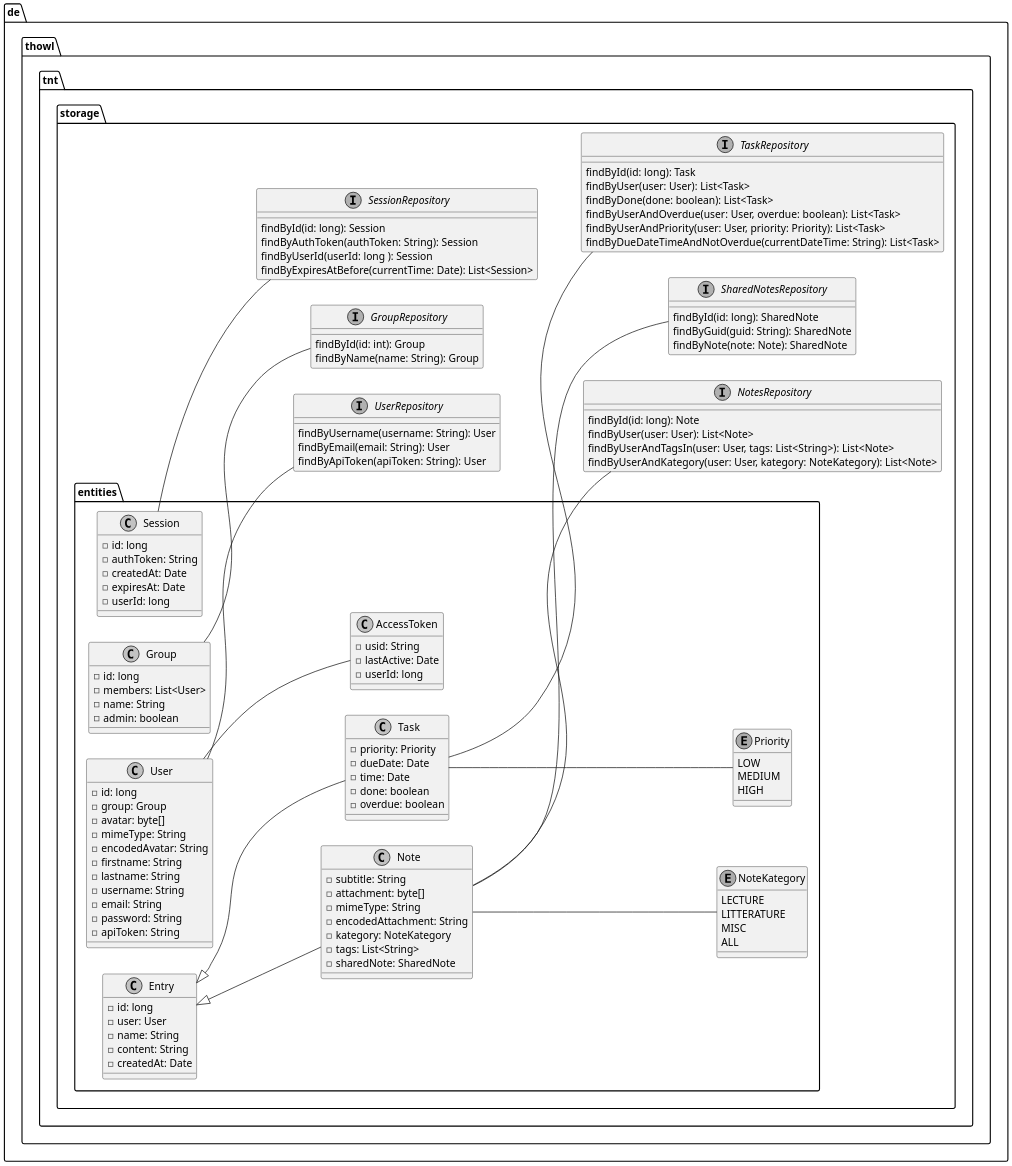
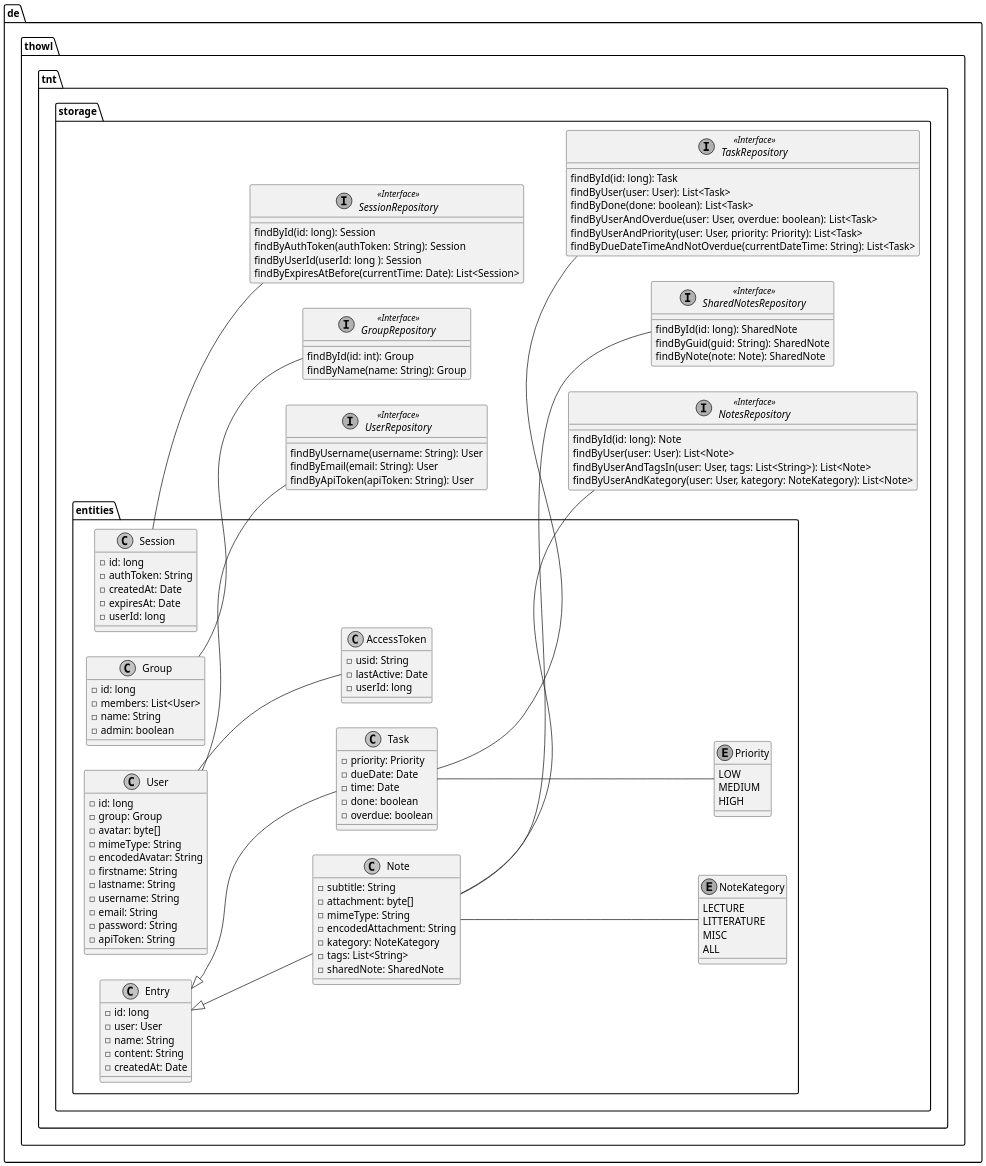
Before and after one commit to j0giwa/TnT: the second of 3 diagrams in doc/uml/tnt.puml, drawn with PlantUML. The commit also changed other lines of this file, not shown here.

Commit message:
Update tnt.puml to show interfaces correctly

```diff
--- a/doc/uml/tnt.puml
+++ b/doc/uml/tnt.puml
@@ -57,143 +57,143 @@
 @startuml tnt-storage
 
 skinparam monochrome true
 skinparam dpi 400
 scale 200 width
 scale 700 height
 
 left to right direction
 
 package de.thowl.tnt.storage {
 
-	interface GroupRepository {
+	interface GroupRepository <<Interface>> {
 		findById(id: int): Group
 		findByName(name: String): Group
 	}
 
-	interface NotesRepository {
+	interface NotesRepository <<Interface>> {
 		findById(id: long): Note
 		findByUser(user: User): List<Note>
 		findByUserAndTagsIn(user: User, tags: List<String>): List<Note>
 		findByUserAndKategory(user: User, kategory: NoteKategory): List<Note>
 	}
 
-	interface SessionRepository {
+	interface SessionRepository <<Interface>> {
 		findById(id: long): Session
 		findByAuthToken(authToken: String): Session
 		findByUserId(userId: long ): Session
 		findByExpiresAtBefore(currentTime: Date): List<Session>
 
 	}
 
-	interface SharedNotesRepository {
+	interface SharedNotesRepository <<Interface>> {
 		findById(id: long): SharedNote
 		findByGuid(guid: String): SharedNote
 		findByNote(note: Note): SharedNote
-	}
+	 }
 
-	interface TaskRepository {
+	interface TaskRepository <<Interface>> {
 		findById(id: long): Task
 		findByUser(user: User): List<Task>
 		findByDone(done: boolean): List<Task>
 		findByUserAndOverdue(user: User, overdue: boolean): List<Task>
 		findByUserAndPriority(user: User, priority: Priority): List<Task>
 		findByDueDateTimeAndNotOverdue(currentDateTime: String): List<Task>
 	}
 
-	interface UserRepository {
+	interface UserRepository <<Interface>> {
 		findByUsername(username: String): User
 		findByEmail(email: String): User
 		findByApiToken(apiToken: String): User
 	}
 
 	package entities {
 
 		class User {
 			- id: long
 			- group: Group
 			- avatar: byte[]
 			- mimeType: String
 			- encodedAvatar: String
 			- firstname: String
 			- lastname: String
 			- username: String
 			- email: String
 			- password: String
 			- apiToken: String
 
 		}
 
 		class Group {
 			- id: long
 			- members: List<User>
 			- name: String
 			- admin: boolean
 		}
 
 		class AccessToken {
 			- usid: String
 			- lastActive: Date
 			- userId: long
 		}
 
 		class Entry {
 			- id: long
 			- user: User
 			- name: String
 			- content: String
 			- createdAt: Date
 		}
 
 		class Note extends Entry {
 			- subtitle: String
 			- attachment: byte[]
 			- mimeType: String
 			- encodedAttachment: String
 			- kategory: NoteKategory
 			- tags: List<String>
 			- sharedNote: SharedNote
 		}
 
 		class Task extends Entry {
 			- priority: Priority
 			- dueDate: Date
 			- time: Date
 			- done: boolean
 			- overdue: boolean
 
 		}
 
 		enum NoteKategory{
 			LECTURE
 			LITTERATURE
 			MISC
 			ALL
 		}
 
 		enum Priority {
 			LOW
 			MEDIUM
 			HIGH
 		}
 
 		class Session {
 			- id: long
 			- authToken: String 
 			- createdAt: Date 
 			- expiresAt: Date 
 			- userId: long
 		}
 	}
 
 	User -- UserRepository
 	User -- AccessToken
 	Group -- GroupRepository
 	Session -- SessionRepository
 	Task -- TaskRepository
 	Note -- NotesRepository
 	Note -- SharedNotesRepository
 	Note -- NoteKategory
 	Task -- Priority
 }
 
 @enduml
```
